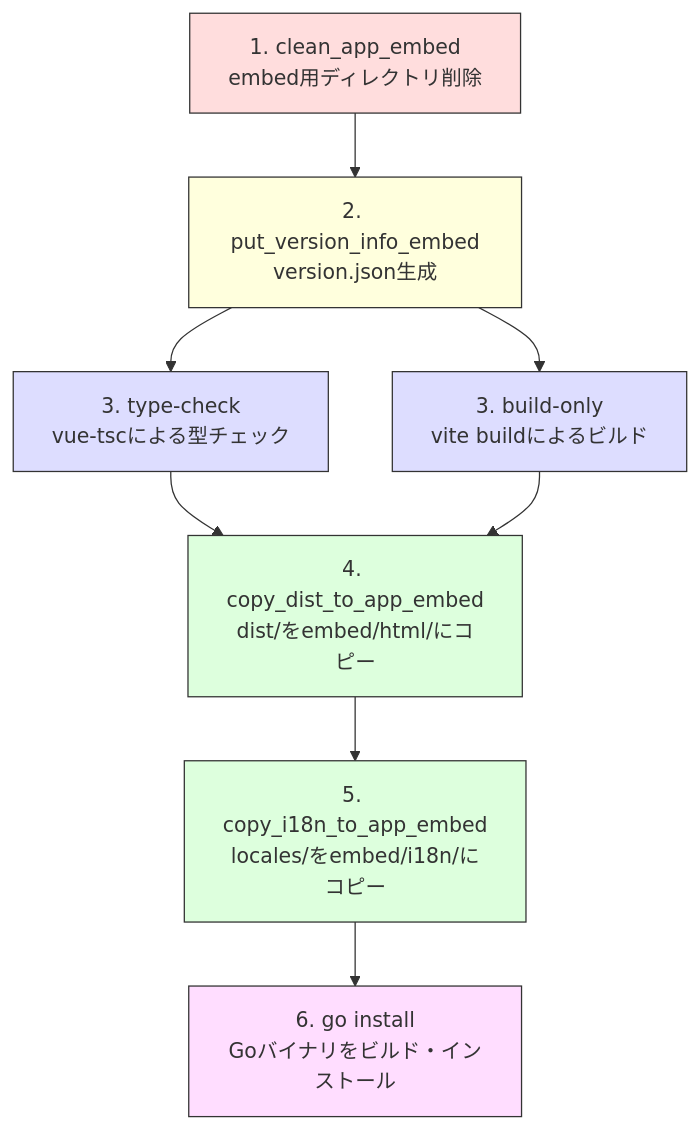
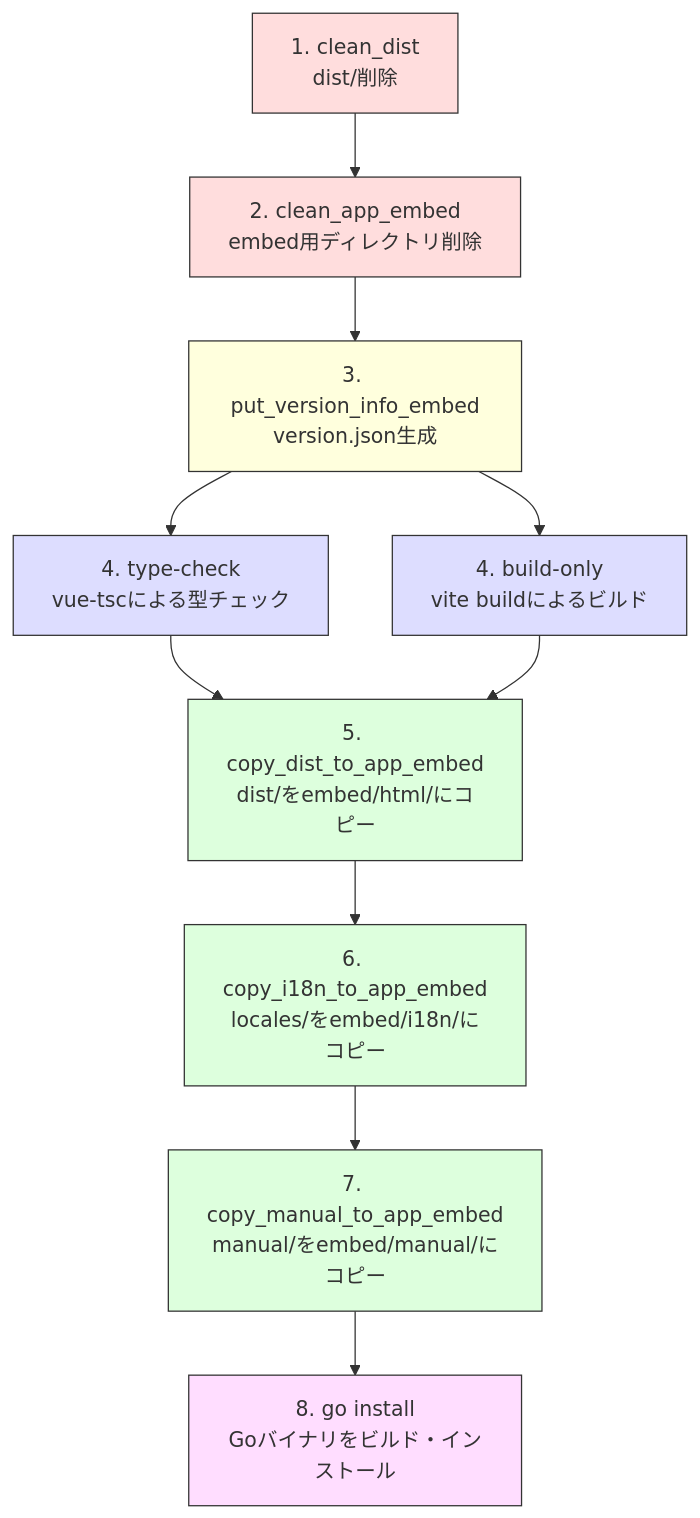
One commit to mt3hr/gkill changed the diagram in documents/reverse/dev-setup.md. Above: the diagram before and after it, drawn with Mermaid. The commit also changed other lines of this file and 313 other files, not shown here.

````diff
--- a/documents/reverse/dev-setup.md
+++ b/documents/reverse/dev-setup.md
@@ -141,18 +159,22 @@
 ```mermaid
 graph TD
-    A["1. clean_app_embed<br/>embed用ディレクトリ削除"] --> B["2. put_version_info_embed<br/>version.json生成"]
-    B --> C["3. type-check<br/>vue-tscによる型チェック"]
-    B --> D["3. build-only<br/>vite buildによるビルド"]
-    C --> E["4. copy_dist_to_app_embed<br/>dist/をembed/html/にコピー"]
+    Z["1. clean_dist<br/>dist/削除"] --> A["2. clean_app_embed<br/>embed用ディレクトリ削除"]
+    A --> B["3. put_version_info_embed<br/>version.json生成"]
+    B --> C["4. type-check<br/>vue-tscによる型チェック"]
+    B --> D["4. build-only<br/>vite buildによるビルド"]
+    C --> E["5. copy_dist_to_app_embed<br/>dist/をembed/html/にコピー"]
     D --> E
-    E --> F["5. copy_i18n_to_app_embed<br/>locales/をembed/i18n/にコピー"]
-    F --> G["6. go install<br/>Goバイナリをビルド・インストール"]
+    E --> F["6. copy_i18n_to_app_embed<br/>locales/をembed/i18n/にコピー"]
+    F --> H["7. copy_manual_to_app_embed<br/>manual/をembed/manual/にコピー"]
+    H --> G["8. go install<br/>Goバイナリをビルド・インストール"]
 
+    style Z fill:#fdd,stroke:#333
     style A fill:#fdd,stroke:#333
     style B fill:#ffd,stroke:#333
     style C fill:#ddf,stroke:#333
     style D fill:#ddf,stroke:#333
     style E fill:#dfd,stroke:#333
     style F fill:#dfd,stroke:#333
+    style H fill:#dfd,stroke:#333
     style G fill:#fdf,stroke:#333
 ```
````
